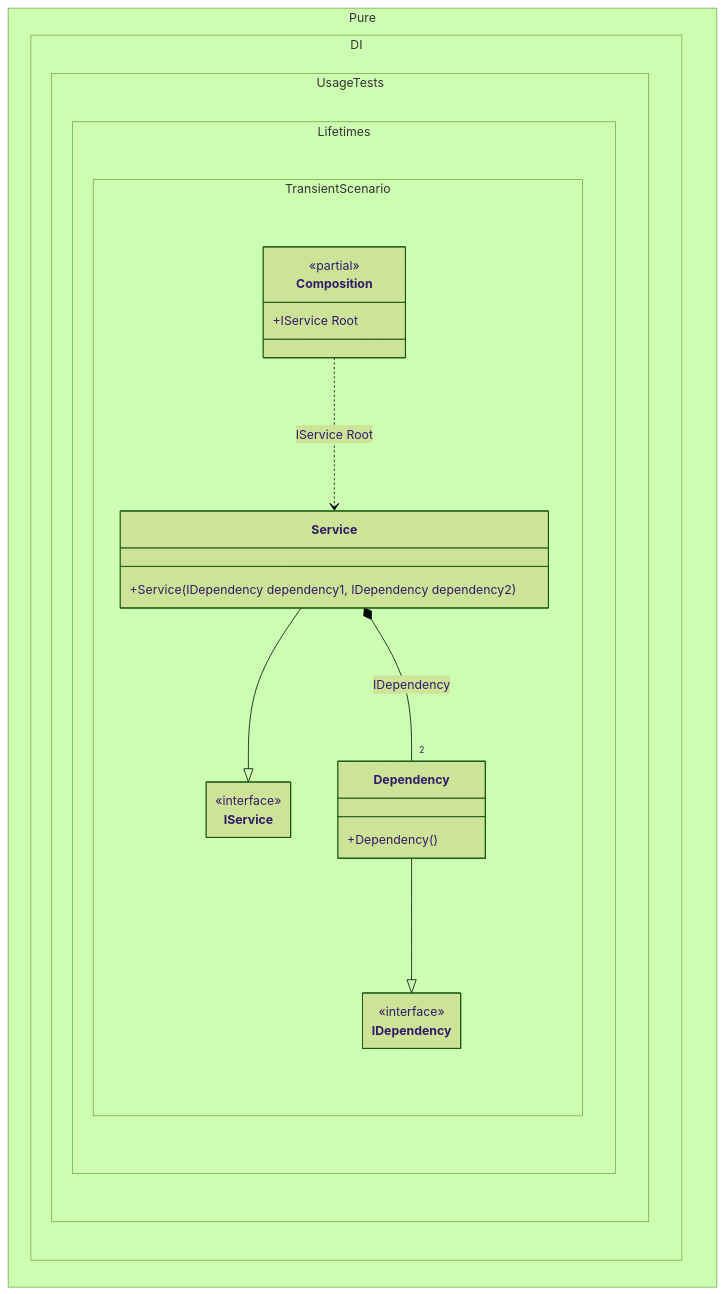
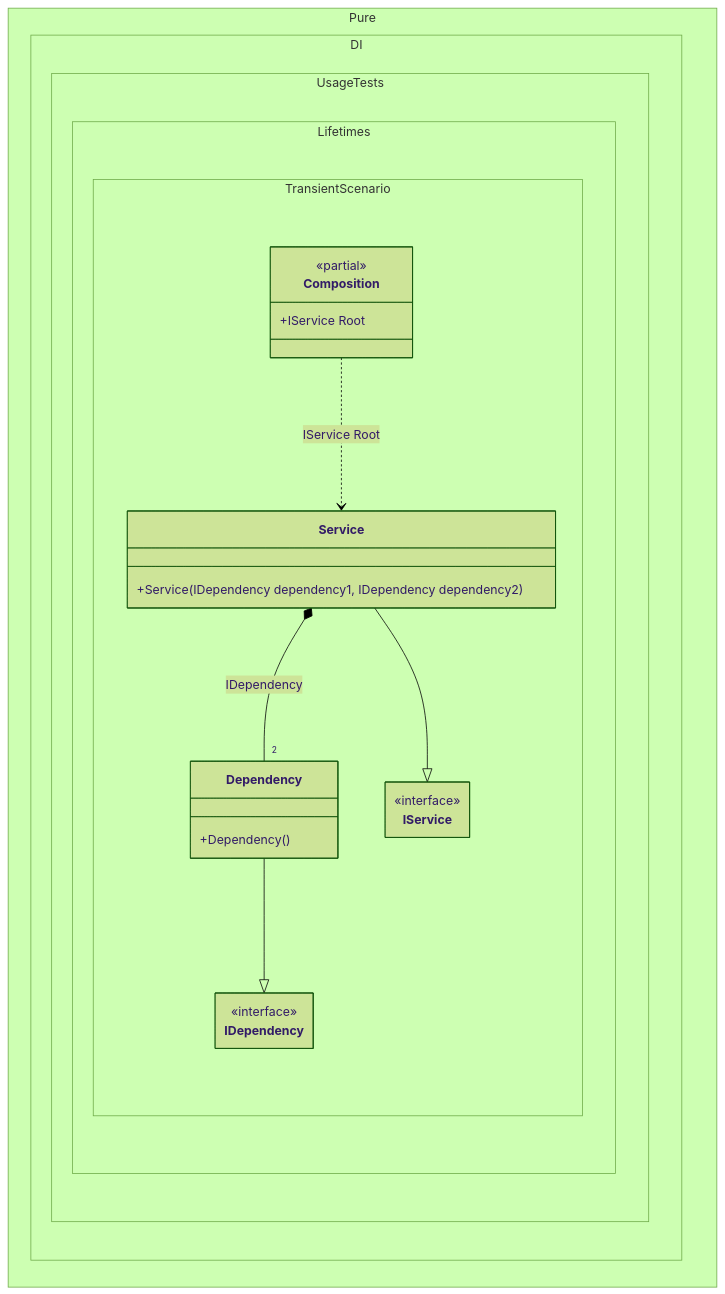
Before and after one commit to DevTeam/Pure.DI: the diagram in readme/transient.md, drawn with Mermaid (forest theme). The commit also changed other lines of this file and 113 other files, not shown here.

````diff
--- a/readme/transient.md
+++ b/readme/transient.md
@@ -115,30 +115,30 @@
 ```mermaid
 ---
  config:
   class:
    hideEmptyMembersBox: true
 ---
 classDiagram
+	Dependency --|> IDependency
 	Service --|> IService
-	Dependency --|> IDependency
 	Composition ..> Service : IService Root
 	Service *-- "2 " Dependency : IDependency
 	namespace Pure.DI.UsageTests.Lifetimes.TransientScenario {
 		class Composition {
 		<<partial>>
 		+IService Root
 		}
 		class Dependency {
 			+Dependency()
 		}
 		class IDependency {
 			<<interface>>
 		}
 		class IService {
 			<<interface>>
 		}
 		class Service {
 			+Service(IDependency dependency1, IDependency dependency2)
 		}
 	}
 ```
````
